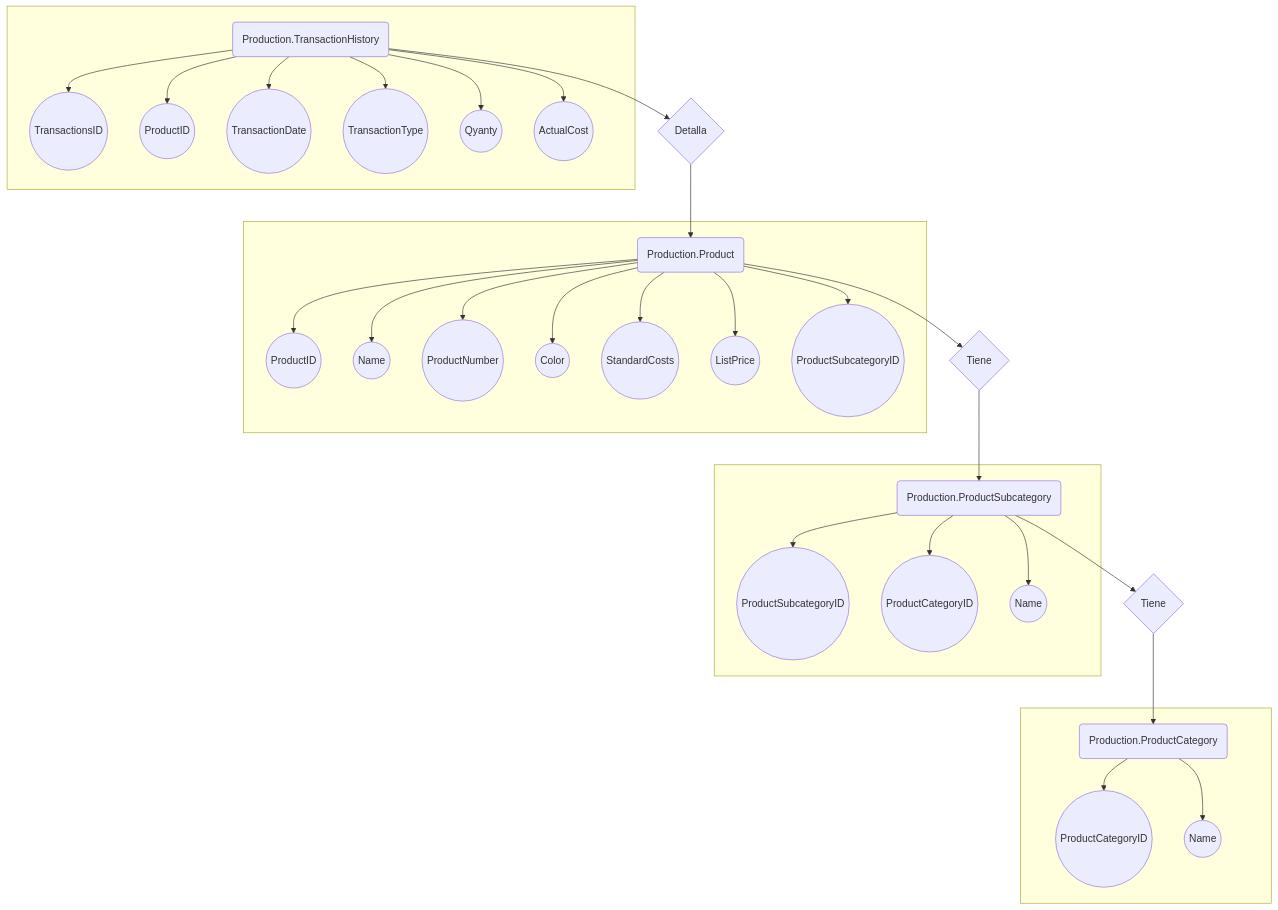
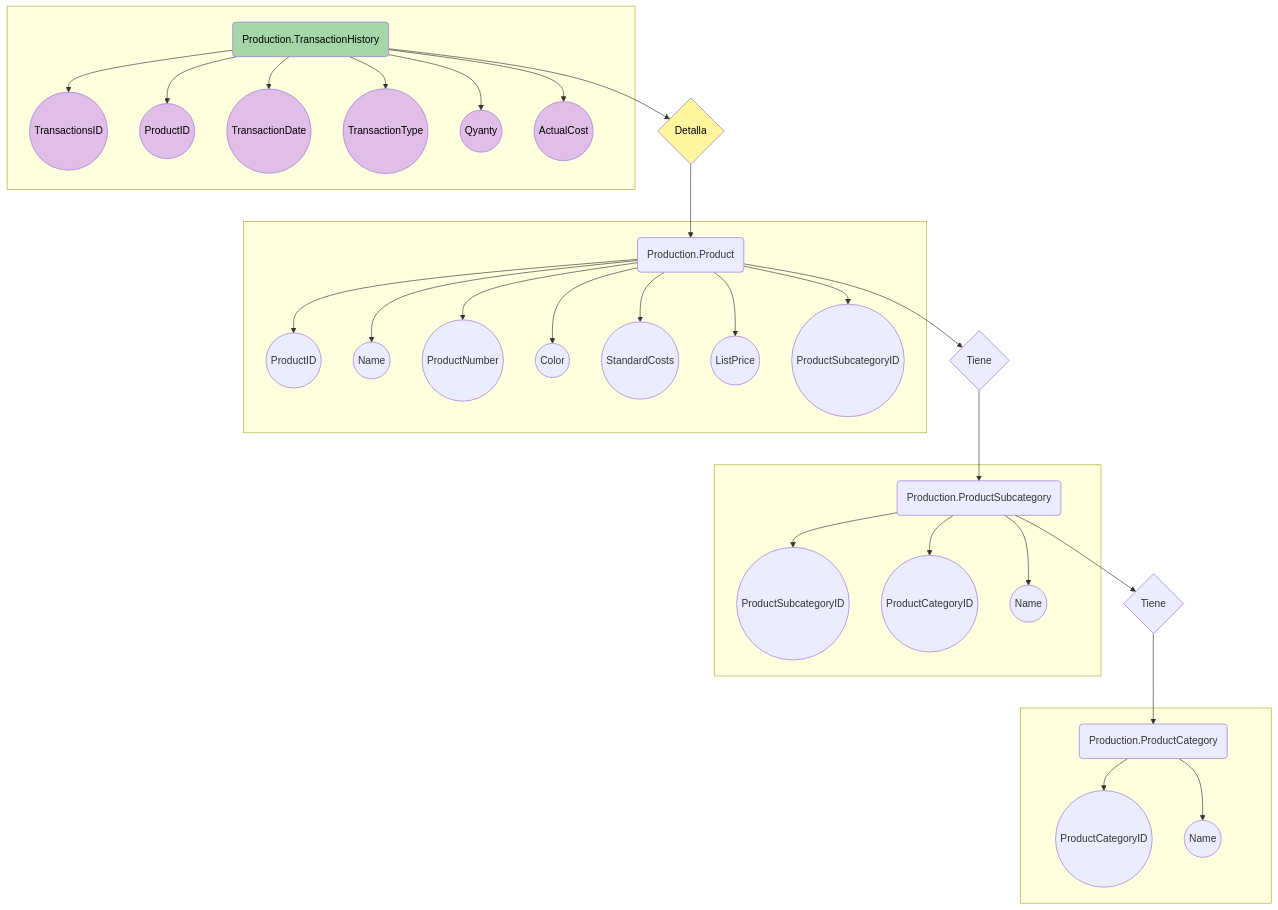
One commit to JuanMZ96/DataAnalytics changed the diagram in README.md. Above: the diagram before and after it, drawn with Mermaid. The commit also changed other lines of this file, not shown here.

````diff
--- a/README.md
+++ b/README.md
@@ -77,36 +89,44 @@
 ```mermaid
 flowchart TB
+style A fill: #A5D6A7,color: black
+style 2 fill:#E1BEE7,color: black
+style 1 fill: #E1BEE7,color: black
+style 3 fill: #E1BEE7,color: black
+style 4 fill: #E1BEE7,color: black
+style 5 fill: #E1BEE7,color: black
+style 6 fill: #E1BEE7,color: black
 A(Production.TransactionHistory) --> B{Detalla}
+style B fill: #FFF59D,color: black
 subgraph  
-	A --> 2((ProductID))
+	A -->2((ProductID))
 	A -->1((TransactionsID))
 	A -->3((TransactionDate))
 	A -->4((TransactionType))
 	A -->5((Qyanty))
 	A -->6((ActualCost))
 end
 B --> C(Production.Product)
 C -->D{Tiene}
 subgraph  
 	C -->7((ProductID))
 	C -->9((Name))
 	C -->10((ProductNumber))
 	C -->11((Color))
 	C -->12((StandardCosts))
 	C -->13((ListPrice))
 	C -->14((ProductSubcategoryID))
 end
 D-->E(Production.ProductSubcategory)
 E-->F{Tiene}
 subgraph  
 	E -->15((ProductSubcategoryID))
 	E -->16((ProductCategoryID))
 	E -->17((Name))
 end
 F-->G(Production.ProductCategory)
 subgraph  
 	G -->18((ProductCategoryID))
 	G -->19((Name))
 end
 
 ```
````
